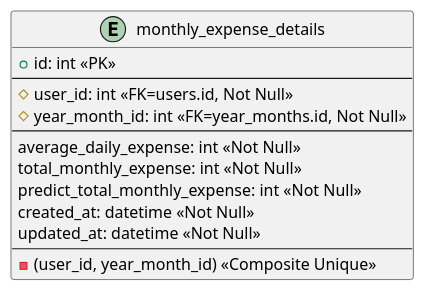
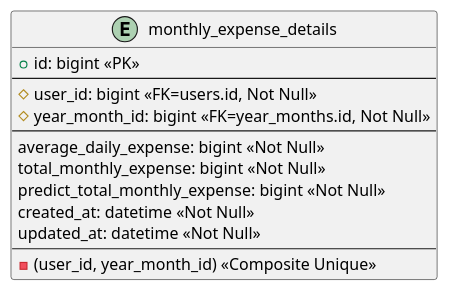
One commit to ZoveRKI/BookKeeping changed the diagram in Plantuml/tables/monthly_expense_details.puml. Above: the diagram before and after it, drawn with PlantUML. The commit also changed 7 other files, not shown here.

```diff
--- a/Plantuml/tables/monthly_expense_details.puml
+++ b/Plantuml/tables/monthly_expense_details.puml
@@ -1,18 +1,18 @@
 @startuml monthly_expense_details
 
 entity "monthly_expense_details" as monthly_expense_details {
-    + id: int <<PK>>
+    + id: bigint <<PK>>
     --
-    # user_id: int <<FK=users.id, Not Null>>
-    # year_month_id: int <<FK=year_months.id, Not Null>>
+    # user_id: bigint <<FK=users.id, Not Null>>
+    # year_month_id: bigint <<FK=year_months.id, Not Null>>
     --
-    average_daily_expense: int <<Not Null>>
-    total_monthly_expense: int <<Not Null>>
-    predict_total_monthly_expense: int <<Not Null>>
+    average_daily_expense: bigint <<Not Null>>
+    total_monthly_expense: bigint <<Not Null>>
+    predict_total_monthly_expense: bigint <<Not Null>>
     created_at: datetime <<Not Null>>
     updated_at: datetime <<Not Null>>
     --
     - (user_id, year_month_id) <<Composite Unique>>
 }
 
 @enduml
```
